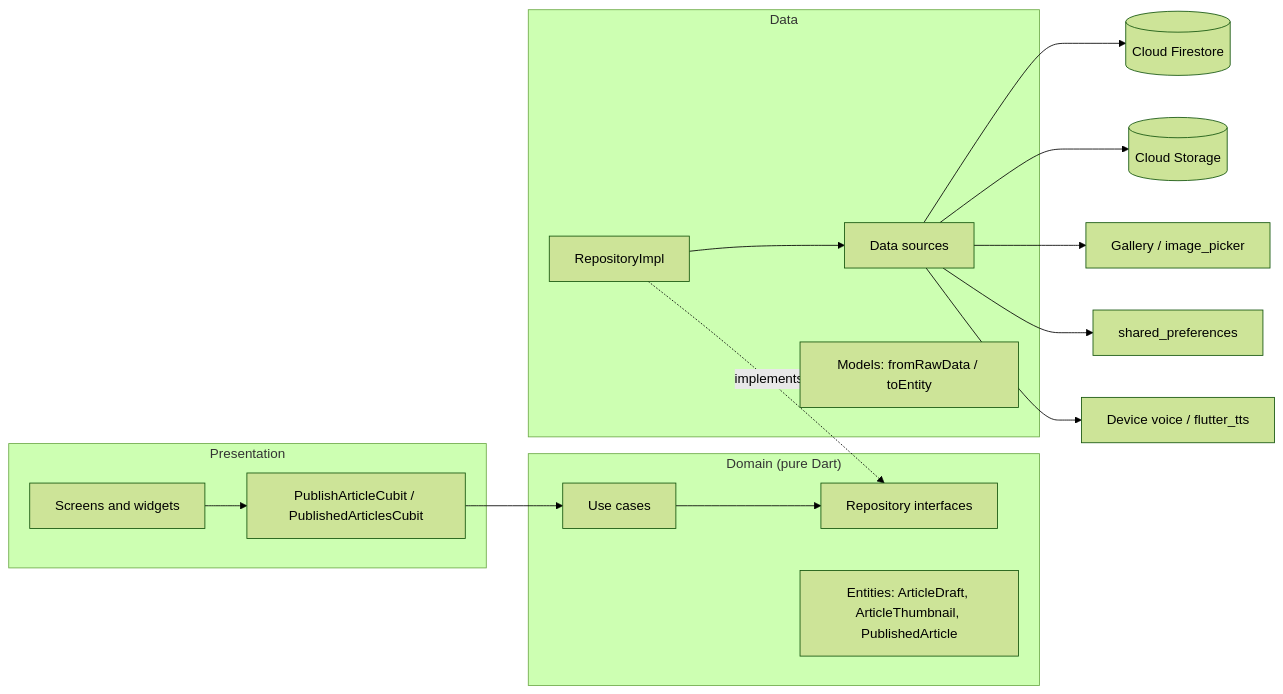
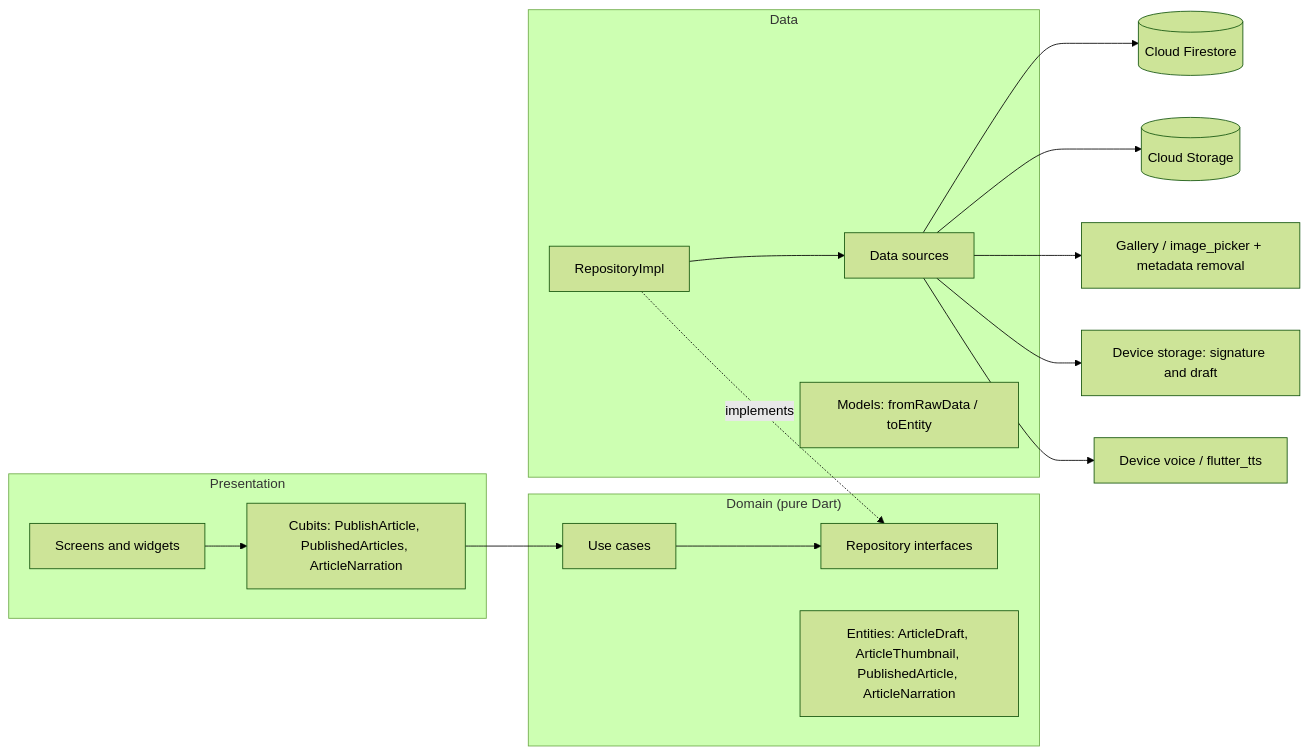
Before and after one commit to LuisJrDev/starter-project: the diagram in docs/REPORT.md, drawn with Mermaid (forest theme). The commit also changed other lines of this file and 7 other files, not shown here.

````diff
--- a/docs/REPORT.md
+++ b/docs/REPORT.md
@@ -217,21 +217,21 @@
 ```mermaid
 flowchart LR
     subgraph Presentation
-        UI[Screens and widgets] --> C[PublishArticleCubit / PublishedArticlesCubit]
+        UI[Screens and widgets] --> C[Cubits: PublishArticle, PublishedArticles, ArticleNarration]
     end
     subgraph Domain["Domain (pure Dart)"]
         UC[Use cases] --> R[Repository interfaces]
-        E[Entities: ArticleDraft, ArticleThumbnail, PublishedArticle]
+        E[Entities: ArticleDraft, ArticleThumbnail, PublishedArticle, ArticleNarration]
     end
     subgraph Data
         RI[RepositoryImpl] --> DS[Data sources]
         M[Models: fromRawData / toEntity]
     end
     C --> UC
     RI -. implements .-> R
     DS --> FS[(Cloud Firestore)]
     DS --> ST[(Cloud Storage)]
-    DS --> G[Gallery / image_picker]
-    DS --> P[shared_preferences]
+    DS --> G[Gallery / image_picker + metadata removal]
+    DS --> P[Device storage: signature and draft]
     DS --> V[Device voice / flutter_tts]
 ```
````
